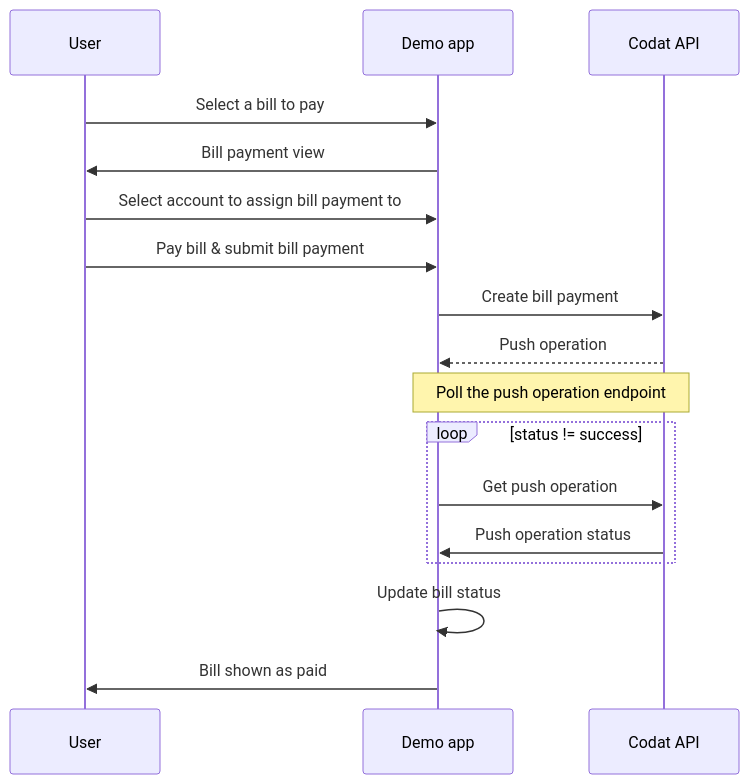
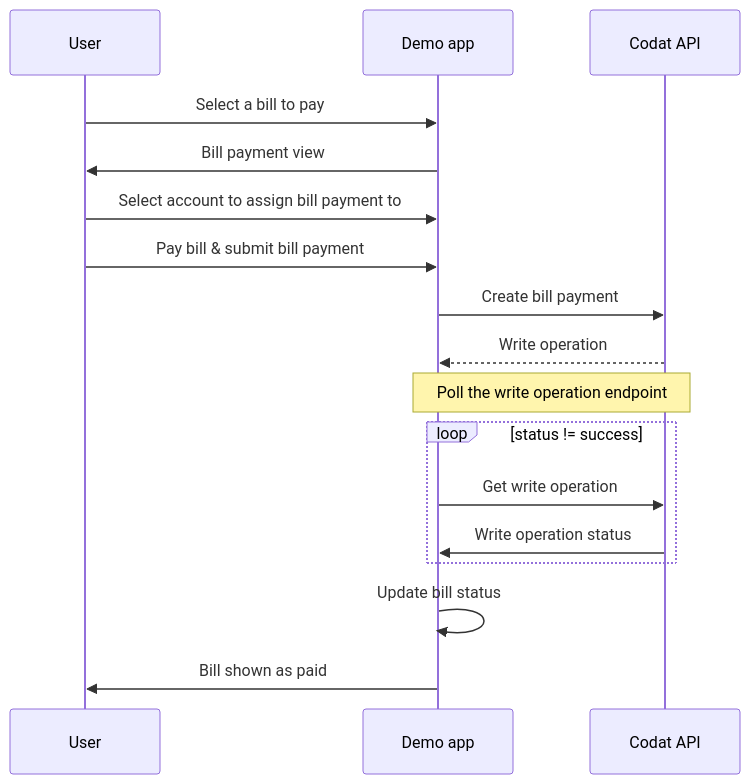
Before and after one commit to codatio/codat-docs: the second of 2 diagrams in docs/payables/guides/bill-pay/how-the-demo-app-works.md, drawn with Mermaid. The commit also changed 184 other files, not shown here.

````diff
--- a/docs/payables/guides/bill-pay/how-the-demo-app-works.md
+++ b/docs/payables/guides/bill-pay/how-the-demo-app-works.md
@@ -189,22 +189,22 @@
 ```mermaid
 sequenceDiagram
     participant user as User
     participant backend as Demo app 
     participant codat as Codat API    
               
     user ->> backend: Select a bill to pay
     backend ->> user: Bill payment view
     user ->> backend: Select account to assign bill payment to
     user ->> backend: Pay bill & submit bill payment
 
     backend ->> codat: Create bill payment
-    codat -->> backend: Push operation
-    Note over codat,backend: Poll the push operation endpoint
+    codat -->> backend: Write operation
+    Note over codat,backend: Poll the write operation endpoint
     loop status != success
-        backend ->> codat: Get push operation
-        codat ->> backend: Push operation status
+        backend ->> codat: Get write operation
+        codat ->> backend: Write operation status
     end
     backend ->> backend: Update bill status
     backend ->> user: Bill shown as paid
     
 ```
````
